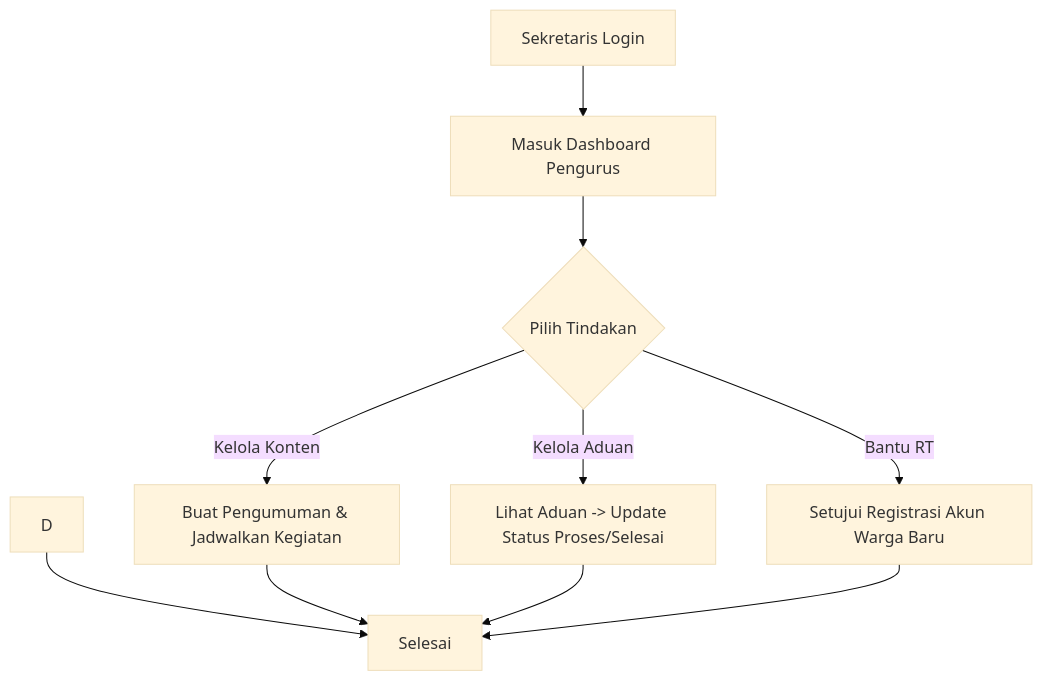
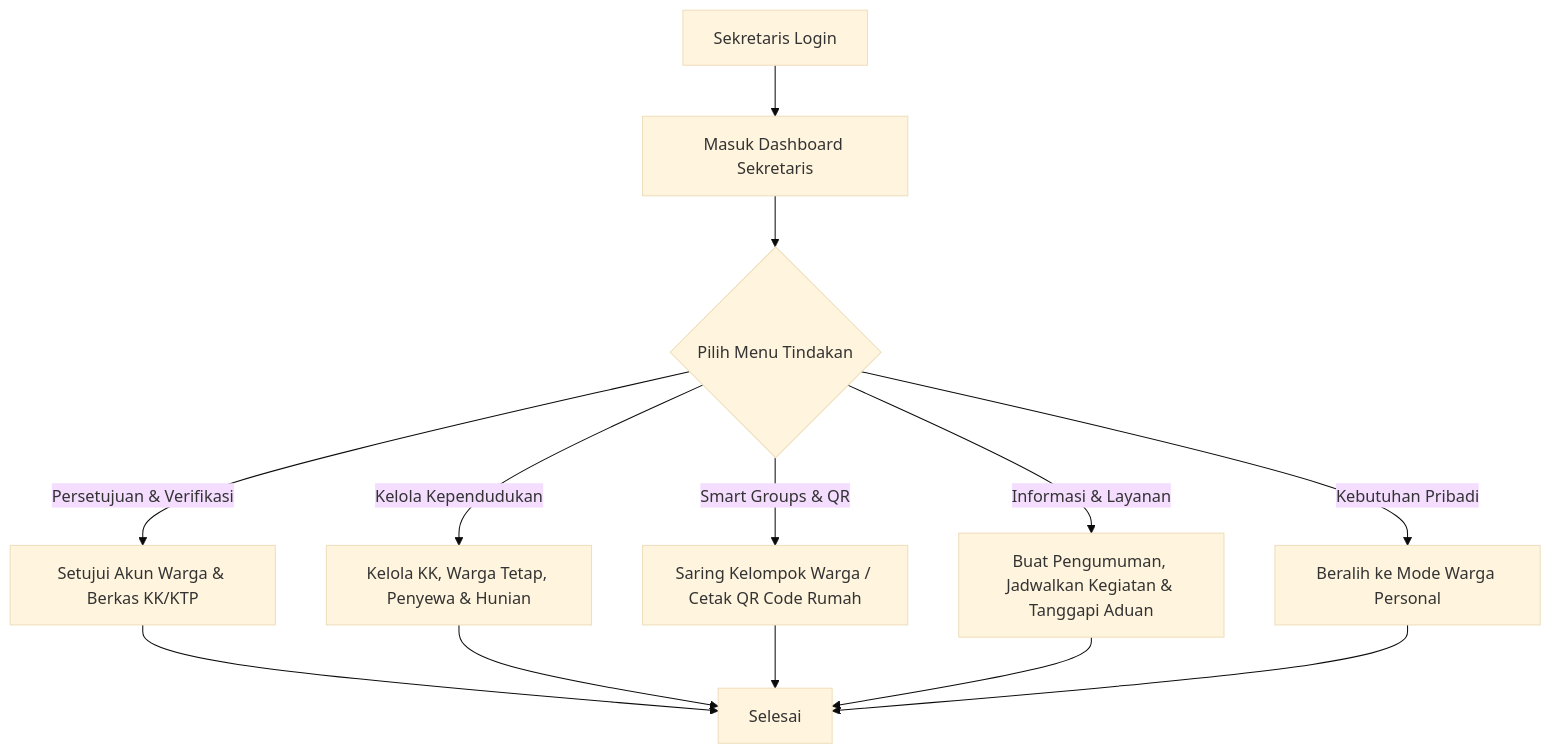
The first of 5 diagrams in docs/roles/sekretaris.md (Araihan413/wargaku), drawn with Mermaid (base theme) before and after one commit. The commit also changed other lines of this file and 24 other files, not shown here.

````diff
--- a/docs/roles/sekretaris.md
+++ b/docs/roles/sekretaris.md
@@ -43,13 +72,17 @@
 ```mermaid
 flowchart TD
-    A[Sekretaris Login] --> B[Masuk Dashboard Pengurus]
-    B --> C{Pilih Tindakan}
-    C -->|Kelola Konten| E[Buat Pengumuman & Jadwalkan Kegiatan]
-    C -->|Kelola Aduan| F[Lihat Aduan -> Update Status Proses/Selesai]
-    C -->|Bantu RT| G[Setujui Registrasi Akun Warga Baru]
+    A[Sekretaris Login] --> B[Masuk Dashboard Sekretaris]
+    B --> C{Pilih Menu Tindakan}
     
-    D --> H[Selesai]
-    E --> H
-    F --> H
-    G --> H
+    C -->|Persetujuan & Verifikasi| D[Setujui Akun Warga & Berkas KK/KTP]
+    C -->|Kelola Kependudukan| E[Kelola KK, Warga Tetap, Penyewa & Hunian]
+    C -->|Smart Groups & QR| F[Saring Kelompok Warga / Cetak QR Code Rumah]
+    C -->|Informasi & Layanan| G[Buat Pengumuman, Jadwalkan Kegiatan & Tanggapi Aduan]
+    C -->|Kebutuhan Pribadi| H[Beralih ke Mode Warga Personal]
+    
+    D --> I[Selesai]
+    E --> I
+    F --> I
+    G --> I
+    H --> I
 ```
````
